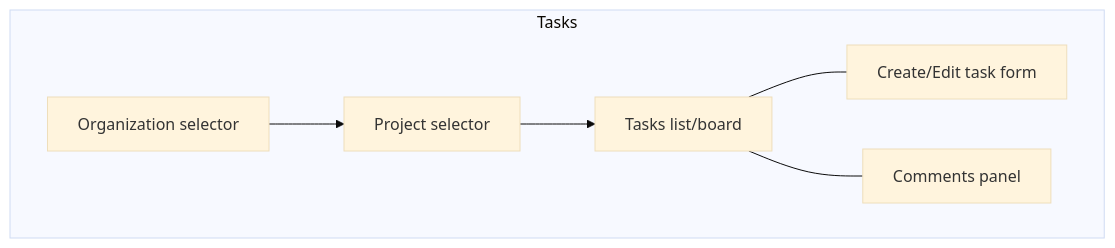
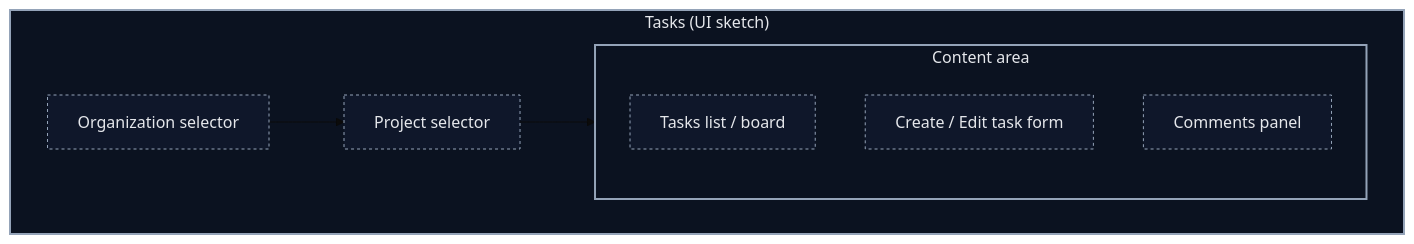
The sixth of 10 diagrams in README.md (TaurasGG/altpro), drawn with Mermaid (base theme) before and after one commit. The commit also changed other lines of this file, not shown here.

````diff
--- a/README.md
+++ b/README.md
@@ -124,14 +146,18 @@
 ```mermaid
-flowchart TD
-  subgraph Tasks["Tasks"]
-    ORGSEL["Organization selector"]
-    PROJSEL["Project selector"]
-    BOARD["Tasks list/board"]
-    FORM["Create/Edit task form"]
-    COMMS["Comments panel"]
+flowchart TB
+  classDef container stroke:#94a3b8,fill:#0b1220,stroke-width:2,color:#e5e7eb;
+  classDef component stroke:#94a3b8,fill:#0f172a,stroke-dasharray:3 3,color:#e5e7eb,stroke-width:1;
+  subgraph Page["Tasks (UI sketch)"]
+    OrgSel["Organization selector"]
+    ProjSel["Project selector"]
+    subgraph Main["Content area"]
+      Board["Tasks list / board"]
+      TaskForm["Create / Edit task form"]
+      Comments["Comments panel"]
+    end
   end
-  ORGSEL --> PROJSEL
-  PROJSEL --> BOARD
-  BOARD --- FORM
-  BOARD --- COMMS
+  OrgSel --> ProjSel
+  ProjSel --> Main
+  class Page,Main container
+  class OrgSel,ProjSel,Board,TaskForm,Comments component
 ```
````
